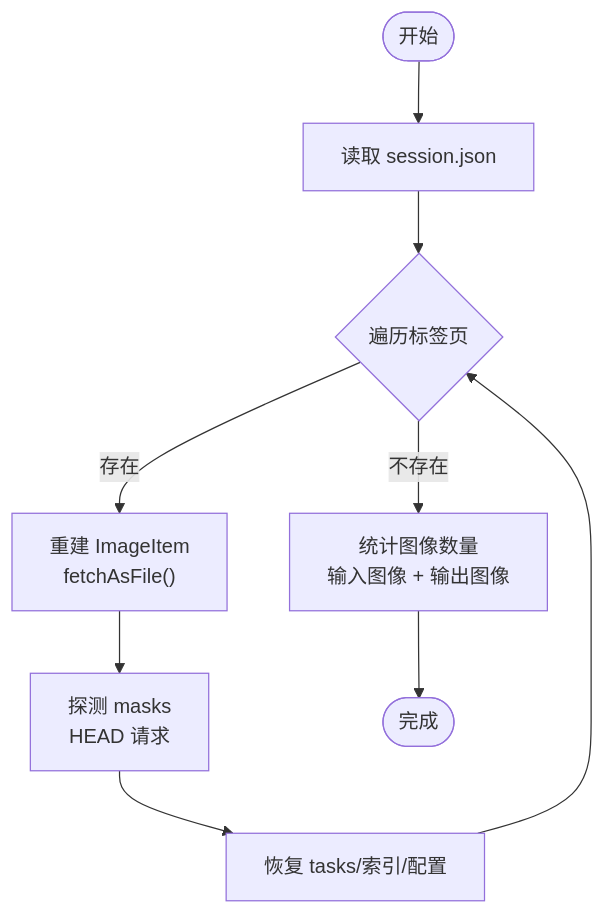
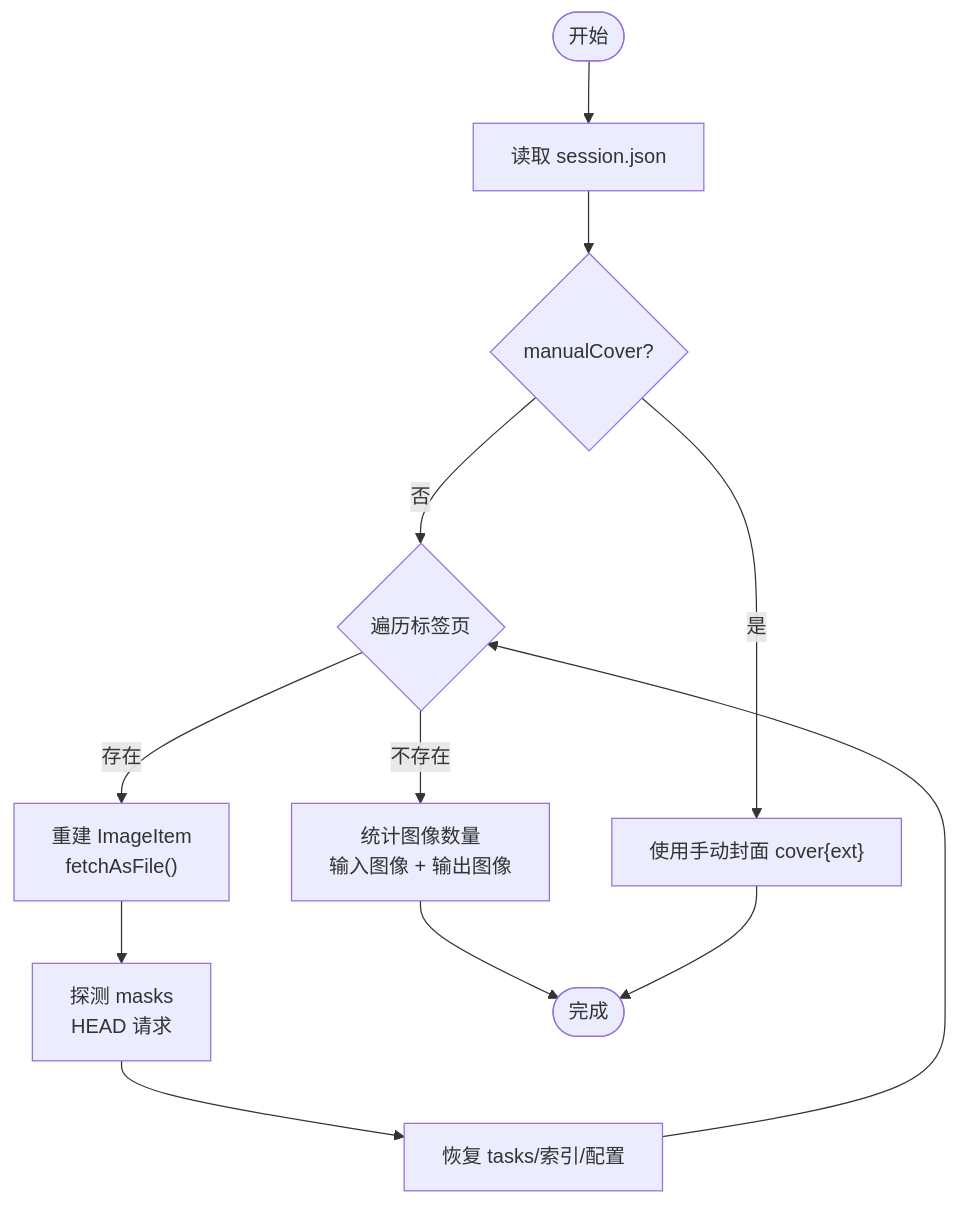
The third of 10 diagrams in .qoder/repowiki/zh/content/会话管理/会话管理.md (billye220670/CorineKit_Pix2Real), drawn with Mermaid before and after one commit. The commit also changed other lines of this file and 14 other files, not shown here.

````diff
--- a/.qoder/repowiki/zh/content/会话管理/会话管理.md
+++ b/.qoder/repowiki/zh/content/会话管理/会话管理.md
@@ -173,11 +191,14 @@
 ```mermaid
 flowchart TD
 Start(["开始"]) --> Read["读取 session.json"]
-Read --> ForTabs{"遍历标签页"}
+Read --> CheckCover{"manualCover?"}
+CheckCover --> |是| UseCover["使用手动封面 cover{ext}"]
+CheckCover --> |否| ForTabs{"遍历标签页"}
 ForTabs --> |存在| BuildImages["重建 ImageItem<br/>fetchAsFile()"]
 BuildImages --> ProbeMasks["探测 masks<br/>HEAD 请求"]
 ProbeMasks --> RestoreTasks["恢复 tasks/索引/配置"]
 RestoreTasks --> ForTabs
 ForTabs --> |不存在| CountImages["统计图像数量<br/>输入图像 + 输出图像"]
 CountImages --> Done(["完成"])
+UseCover --> Done
 ```
````
